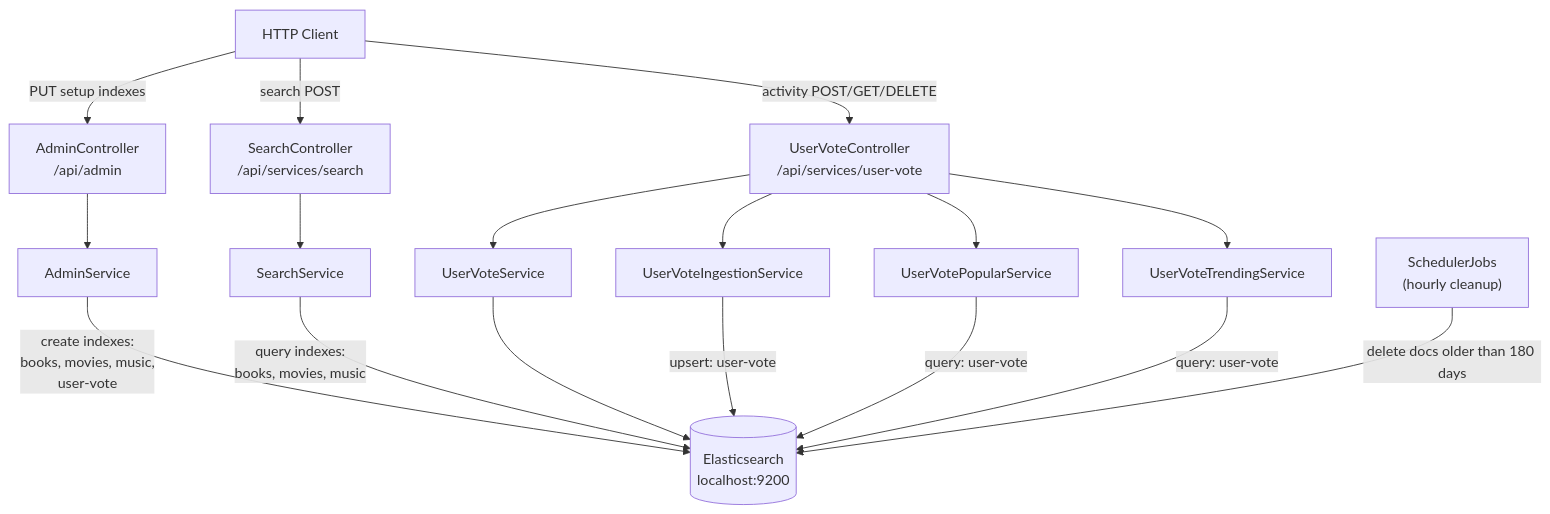
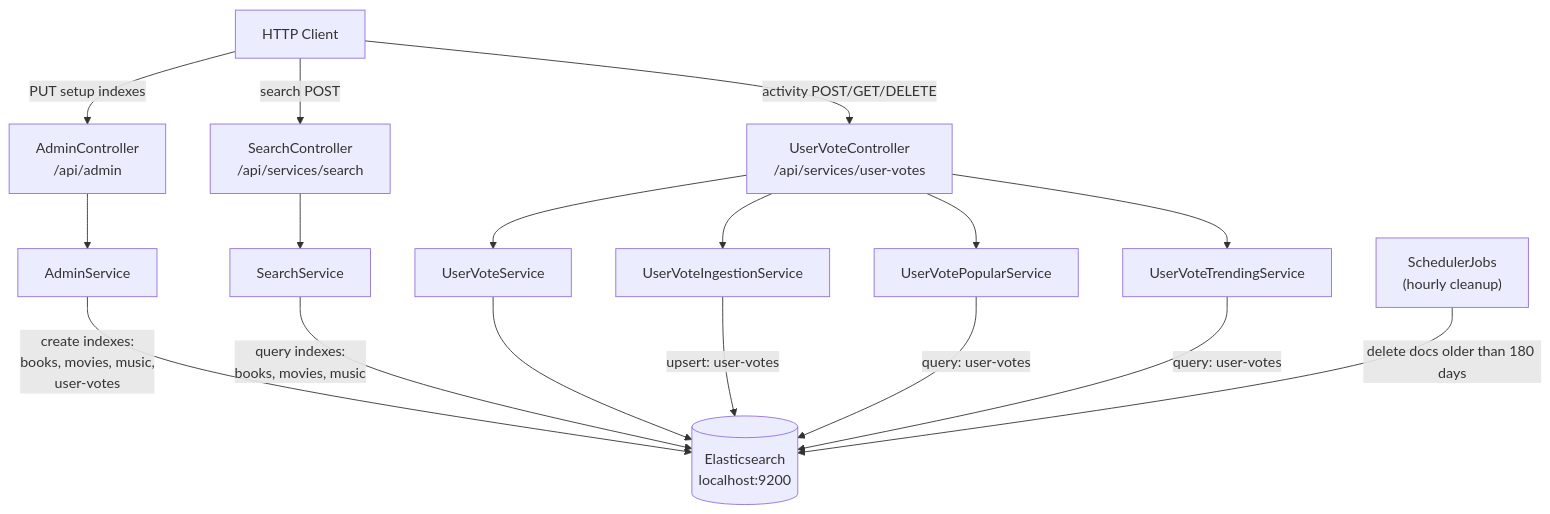
The first of 2 diagrams in elastic/README.md (nklip/JavaCraft), drawn with Mermaid before and after one commit. The commit also changed other lines of this file and 50 other files, not shown here.

````diff
--- a/elastic/README.md
+++ b/elastic/README.md
@@ -48,32 +48,32 @@
 ```mermaid
 flowchart TD
     Client["HTTP Client"]
     AC["AdminController\n/api/admin"]
     SC["SearchController\n/api/services/search"]
-    UHC["UserVoteController\n/api/services/user-vote"]
+    UHC["UserVoteController\n/api/services/user-votes"]
     AS["AdminService"]
     SS["SearchService"]
     UHS["UserVoteService"]
     UHIS["UserVoteIngestionService"]
     UHPS["UserVotePopularService"]
     UHTS["UserVoteTrendingService"]
     SCHED["SchedulerJobs\n(hourly cleanup)"]
     ES[("Elasticsearch\nlocalhost:9200")]
 
     Client -->|PUT setup indexes| AC
     Client -->|search POST| SC
     Client -->|activity POST/GET/DELETE| UHC
     AC --> AS
     SC --> SS
     UHC --> UHS
     UHC --> UHIS
     UHC --> UHPS
     UHC --> UHTS
-    AS -->|"create indexes:\nbooks, movies, music,\nuser-vote"| ES
+    AS -->|"create indexes:\nbooks, movies, music,\nuser-votes"| ES
     SS -->|"query indexes:\nbooks, movies, music"| ES
     UHS --> ES
-    UHIS -->|"upsert: user-vote"| ES
-    UHPS -->|"query: user-vote"| ES
-    UHTS -->|"query: user-vote"| ES
+    UHIS -->|"upsert: user-votes"| ES
+    UHPS -->|"query: user-votes"| ES
+    UHTS -->|"query: user-votes"| ES
     SCHED -->|delete docs older than 180 days| ES
 ```
````
